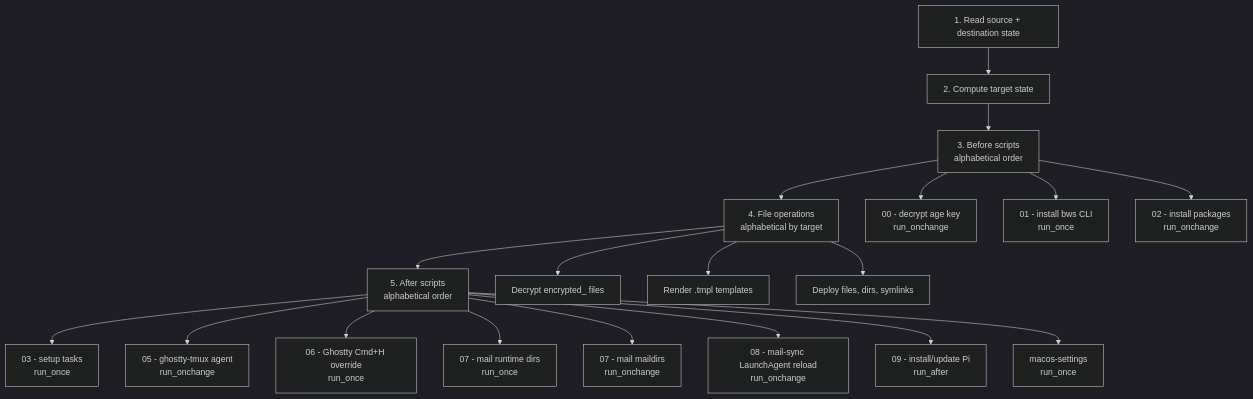
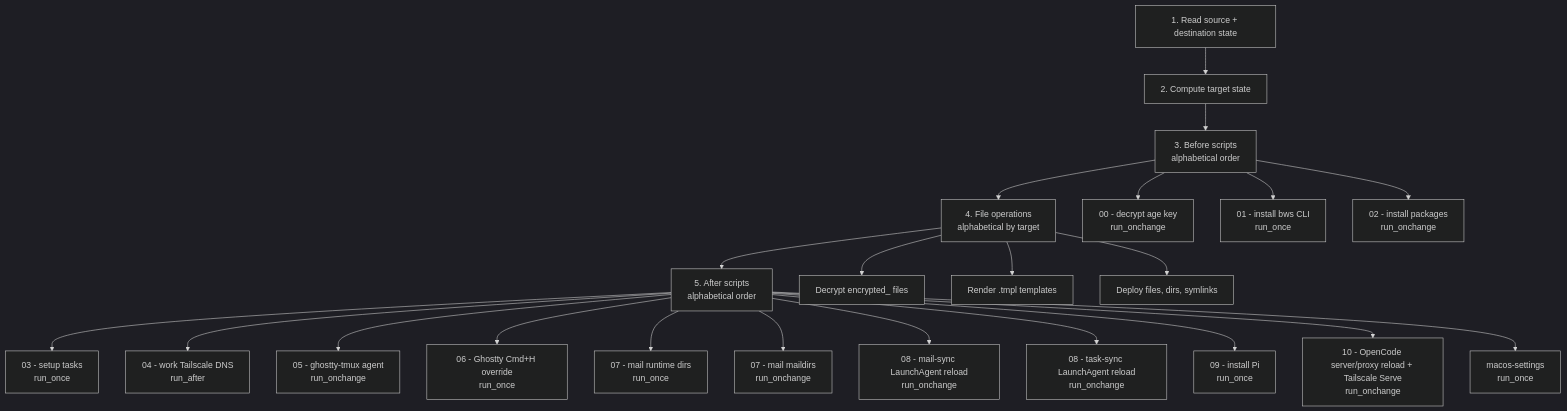
One commit to mbastakis/dotfiles changed the diagram in docs/architecture/chezmoi-lifecycle.md. Above: the diagram before and after it, drawn with Mermaid (dark theme). The commit also changed other lines of this file and 59 other files, not shown here.

Commit message:
feat: improve tmux + agent setup

````diff
--- a/docs/architecture/chezmoi-lifecycle.md
+++ b/docs/architecture/chezmoi-lifecycle.md
@@ -7,24 +7,27 @@
 ```mermaid
 flowchart TD
   A[1. Read source + destination state] --> B[2. Compute target state]
   B --> C[3. Before scripts<br/>alphabetical order]
   C --> D[4. File operations<br/>alphabetical by target]
   D --> E[5. After scripts<br/>alphabetical order]
 
   C --> C1[00 - decrypt age key<br/>run_onchange]
   C --> C2[01 - install bws CLI<br/>run_once]
   C --> C3[02 - install packages<br/>run_onchange]
 
   D --> D1[Decrypt encrypted_ files]
   D --> D2[Render .tmpl templates]
   D --> D3[Deploy files, dirs, symlinks]
 
   E --> E1[03 - setup tasks<br/>run_once]
-  E --> E2[05 - ghostty-tmux agent<br/>run_onchange]
-  E --> E3[06 - Ghostty Cmd+H override<br/>run_once]
-  E --> E4[07 - mail runtime dirs<br/>run_once]
-  E --> E5[07 - mail maildirs<br/>run_onchange]
-  E --> E6[08 - mail-sync LaunchAgent reload<br/>run_onchange]
-  E --> E7[09 - install/update Pi<br/>run_after]
-  E --> E8[macos-settings<br/>run_once]
+  E --> E2[04 - work Tailscale DNS<br/>run_after]
+  E --> E3[05 - ghostty-tmux agent<br/>run_onchange]
+  E --> E4[06 - Ghostty Cmd+H override<br/>run_once]
+  E --> E5[07 - mail runtime dirs<br/>run_once]
+  E --> E6[07 - mail maildirs<br/>run_onchange]
+  E --> E7[08 - mail-sync LaunchAgent reload<br/>run_onchange]
+  E --> E8[08 - task-sync LaunchAgent reload<br/>run_onchange]
+  E --> E9[09 - install Pi<br/>run_once]
+  E --> E10[10 - OpenCode server/proxy reload + Tailscale Serve<br/>run_onchange]
+  E --> E11[macos-settings<br/>run_once]
 ```
````
